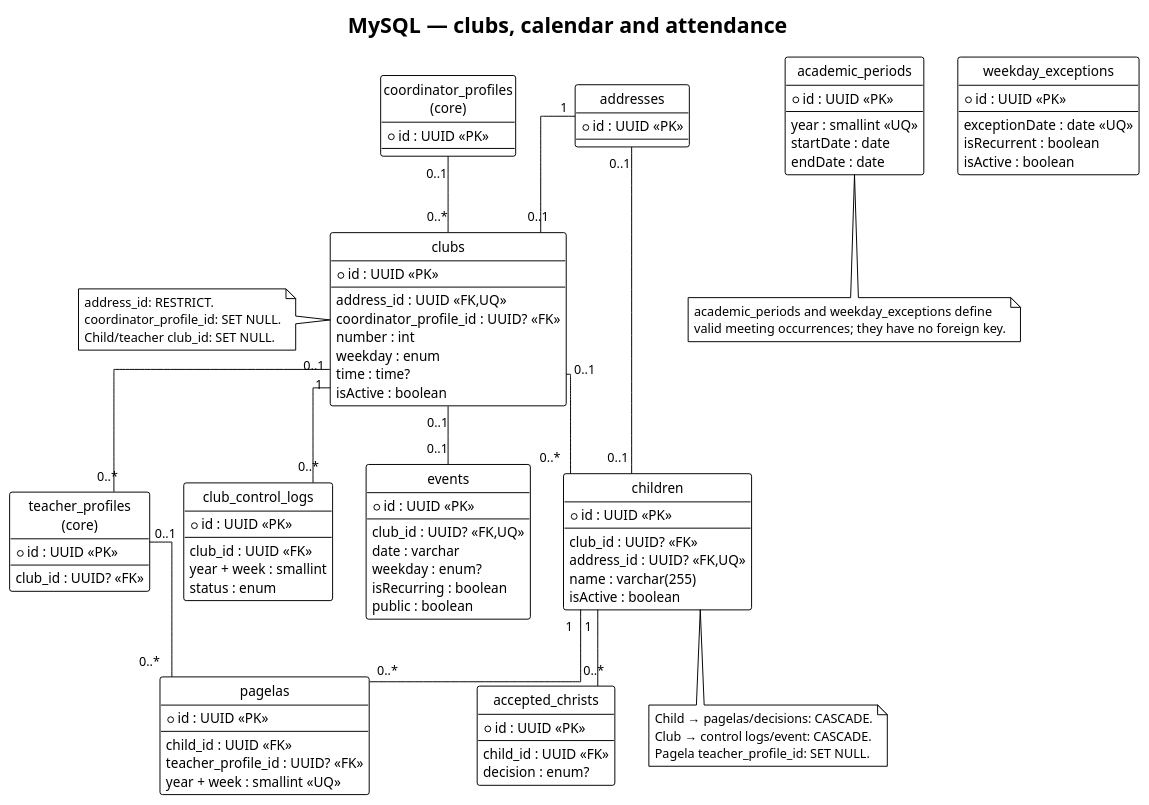
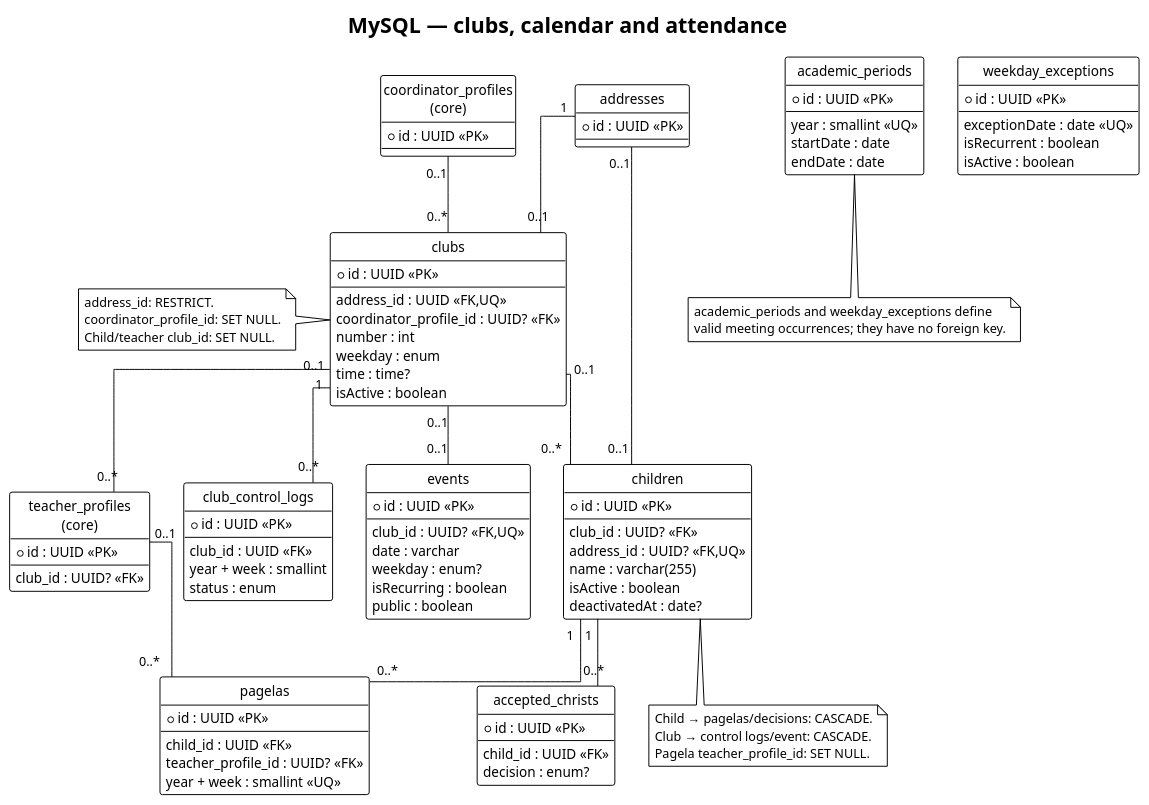
Before and after one commit to ministerioclubinhos/clubinhonib-api: the diagram in docs/diagrams/database/clubs-attendance-schema.puml, drawn with PlantUML. The commit also changed 69 other files, not shown here.

```diff
--- a/docs/diagrams/database/clubs-attendance-schema.puml
+++ b/docs/diagrams/database/clubs-attendance-schema.puml
@@ -1,120 +1,121 @@
 @startuml Clubs Attendance Schema - Clubinho NIB API
 !theme plain
 top to bottom direction
 skinparam linetype ortho
 hide circle
 
 title MySQL — clubs, calendar and attendance
 
 entity "addresses" as e_address {
   * id : UUID <<PK>>
 }
 
 entity "clubs" as e_club {
   * id : UUID <<PK>>
   --
   address_id : UUID <<FK,UQ>>
   coordinator_profile_id : UUID? <<FK>>
   number : int
   weekday : enum
   time : time?
   isActive : boolean
 }
 
 entity "teacher_profiles\n(core)" as e_teacher {
   * id : UUID <<PK>>
   --
   club_id : UUID? <<FK>>
 }
 
 entity "coordinator_profiles\n(core)" as e_coordinator {
   * id : UUID <<PK>>
 }
 
 entity "children" as e_child {
   * id : UUID <<PK>>
   --
   club_id : UUID? <<FK>>
   address_id : UUID? <<FK,UQ>>
   name : varchar(255)
   isActive : boolean
+  deactivatedAt : date?
 }
 
 entity "pagelas" as e_pagela {
   * id : UUID <<PK>>
   --
   child_id : UUID <<FK>>
   teacher_profile_id : UUID? <<FK>>
   year + week : smallint <<UQ>>
 }
 
 entity "accepted_christs" as e_accepted {
   * id : UUID <<PK>>
   --
   child_id : UUID <<FK>>
   decision : enum?
 }
 
 entity "club_control_logs" as e_control_log {
   * id : UUID <<PK>>
   --
   club_id : UUID <<FK>>
   year + week : smallint
   status : enum
 }
 
 entity "events" as e_event {
   * id : UUID <<PK>>
   --
   club_id : UUID? <<FK,UQ>>
   date : varchar
   weekday : enum?
   isRecurring : boolean
   public : boolean
 }
 
 entity "academic_periods" as e_period {
   * id : UUID <<PK>>
   --
   year : smallint <<UQ>>
   startDate : date
   endDate : date
 }
 
 entity "weekday_exceptions" as e_exception {
   * id : UUID <<PK>>
   --
   exceptionDate : date <<UQ>>
   isRecurrent : boolean
   isActive : boolean
 }
 
 e_address "1" -- "0..1" e_club
 e_address "0..1" -- "0..1" e_child
 e_coordinator "0..1" -- "0..*" e_club
 e_club "0..1" -- "0..*" e_teacher
 e_club "0..1" -- "0..*" e_child
 e_child "1" -- "0..*" e_pagela
 e_teacher "0..1" -- "0..*" e_pagela
 e_child "1" -- "0..*" e_accepted
 e_club "1" -- "0..*" e_control_log
 e_club "0..1" -- "0..1" e_event
 
 note left of e_club
   address_id: RESTRICT.
   coordinator_profile_id: SET NULL.
   Child/teacher club_id: SET NULL.
 end note
 
 note bottom of e_child
   Child → pagelas/decisions: CASCADE.
   Club → control logs/event: CASCADE.
   Pagela teacher_profile_id: SET NULL.
 end note
 
 note bottom of e_period
   academic_periods and weekday_exceptions define
   valid meeting occurrences; they have no foreign key.
 end note
 
 @enduml
```
